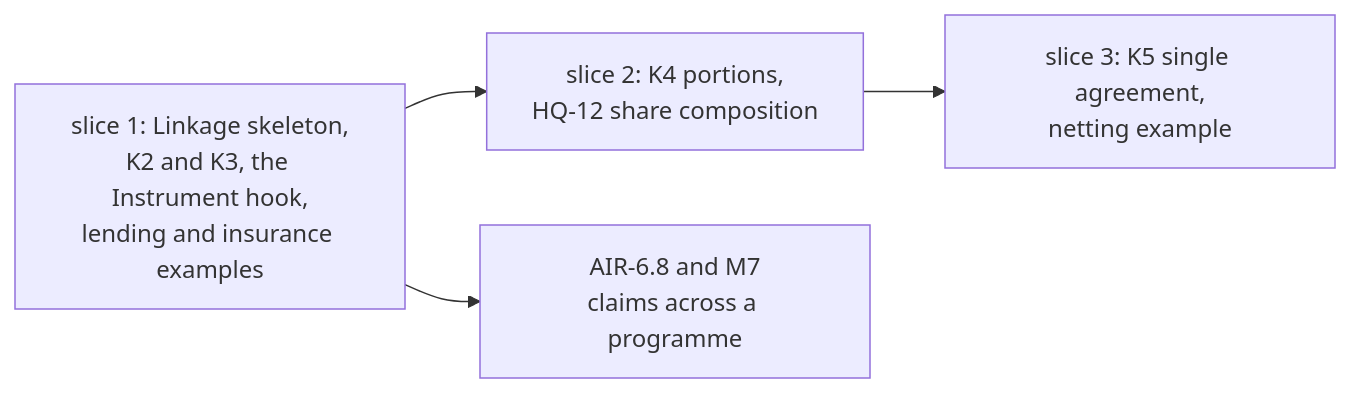
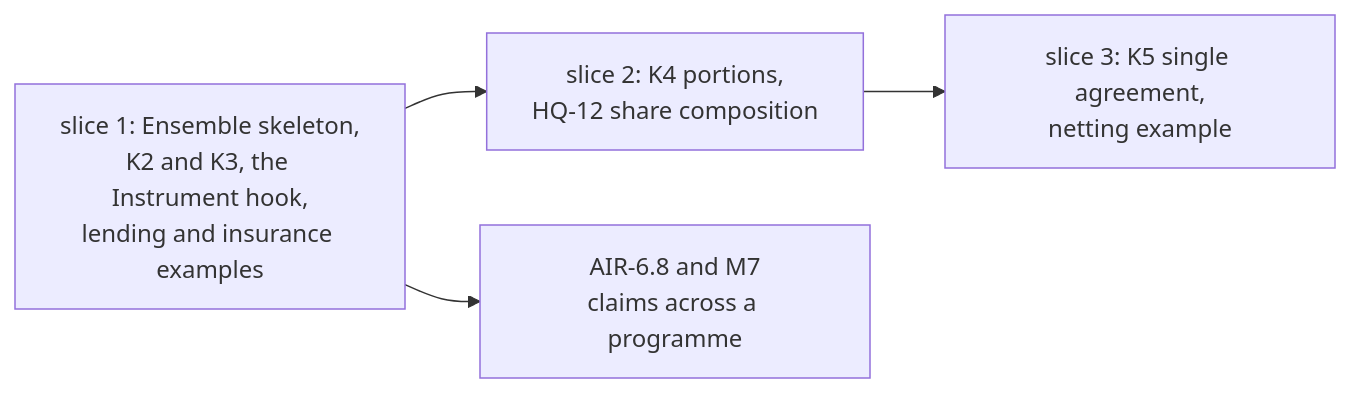
One commit to nebularis/lattice changed the fifth of 5 diagrams in docs/developer/sketches/instrument-relations.md. Above: the diagram before and after it, drawn with Mermaid. The commit also changed other lines of this file and 13 other files, not shown here.

````diff
--- a/docs/developer/sketches/instrument-relations.md
+++ b/docs/developer/sketches/instrument-relations.md
@@ -279,6 +279,6 @@
 ```mermaid
 flowchart LR
-  S1["slice 1: Linkage skeleton,<br/>K2 and K3, the Instrument hook,<br/>lending and insurance examples"] --> S2["slice 2: K4 portions,<br/>HQ-12 share composition"]
+  S1["slice 1: Ensemble skeleton,<br/>K2 and K3, the Instrument hook,<br/>lending and insurance examples"] --> S2["slice 2: K4 portions,<br/>HQ-12 share composition"]
   S2 --> S3["slice 3: K5 single agreement,<br/>netting example"]
   S1 --> AIR["AIR-6.8 and M7<br/>claims across a programme"]
 ```
````
